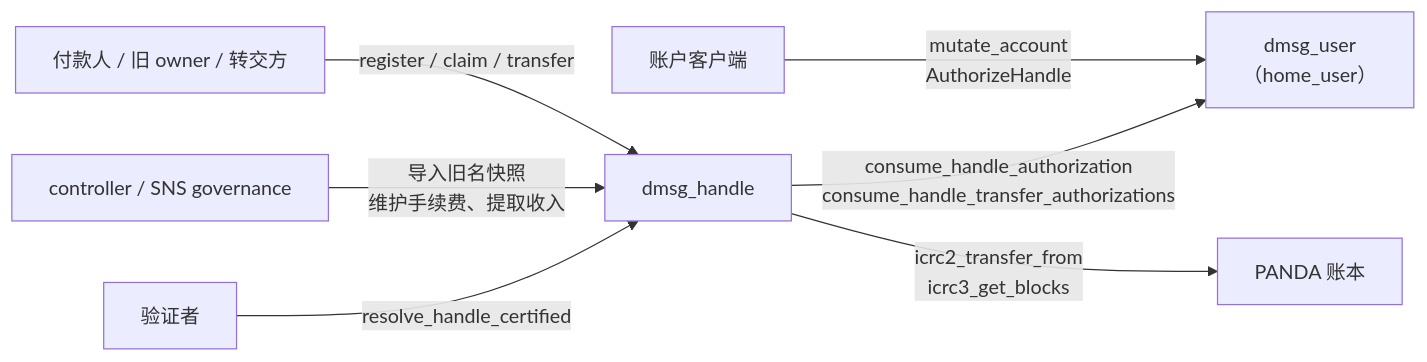
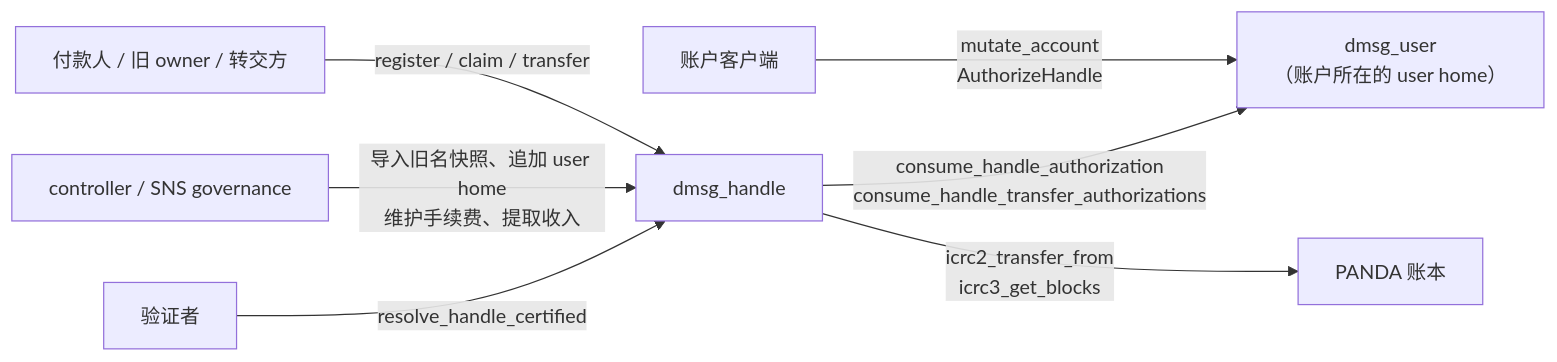
Before and after one commit to ldclabs/ic-panda: the diagram in src/dmsg_handle/README.md, drawn with Mermaid. The commit also changed other lines of this file and 26 other files, not shown here.

````diff
--- a/src/dmsg_handle/README.md
+++ b/src/dmsg_handle/README.md
@@ -11,9 +11,9 @@
 ```mermaid
 flowchart LR
-  A["账户客户端"] -- "mutate_account<br/>AuthorizeHandle" --> U["dmsg_user<br/>（home_user）"]
+  A["账户客户端"] -- "mutate_account<br/>AuthorizeHandle" --> U["dmsg_user<br/>（账户所在的 user home）"]
   C["付款人 / 旧 owner / 转交方"] -- "register / claim / transfer" --> H["dmsg_handle"]
   H -- "consume_handle_authorization<br/>consume_handle_transfer_authorizations" --> U
   H -- "icrc2_transfer_from<br/>icrc3_get_blocks" --> L["PANDA 账本"]
-  O["controller / SNS governance"] -- "导入旧名快照<br/>维护手续费、提取收入" --> H
+  O["controller / SNS governance"] -- "导入旧名快照、追加 user home<br/>维护手续费、提取收入" --> H
   V["验证者"] -- "resolve_handle_certified" --> H
 ```
````
